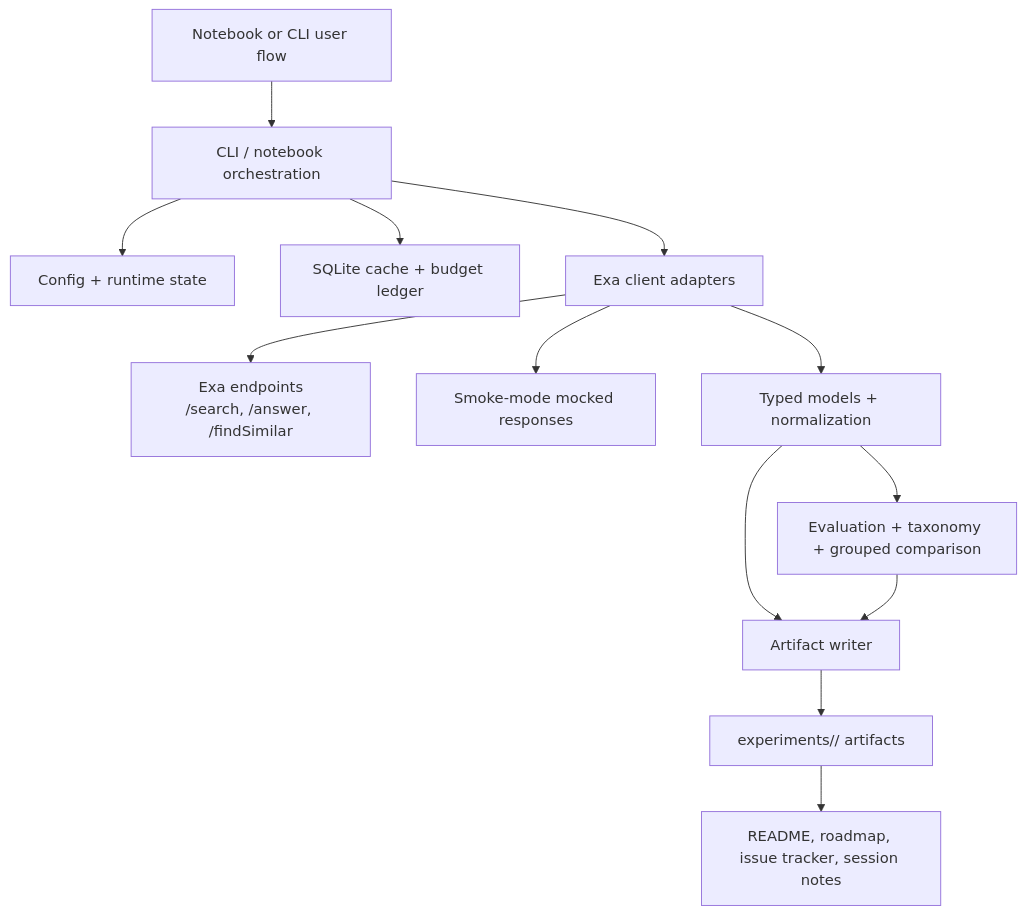
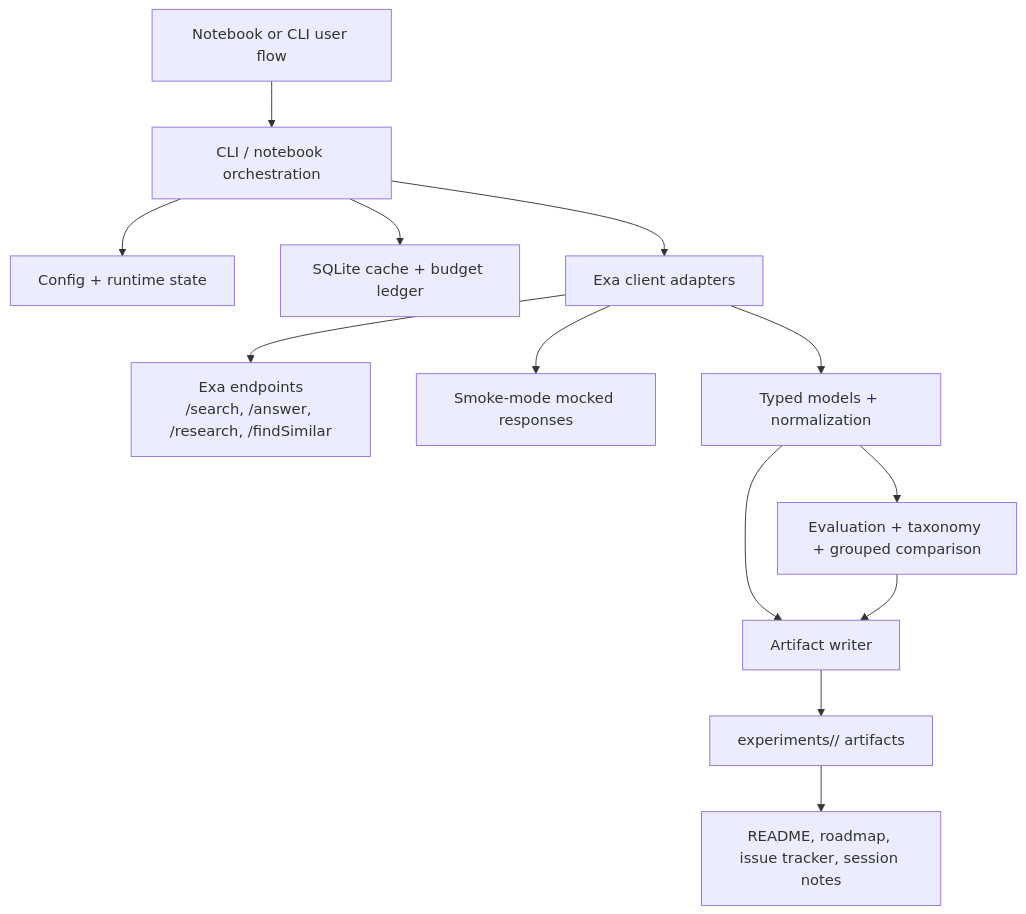
Before and after one commit to itprodirect/exai-search-demo: the diagram in README.md, drawn with Mermaid. The commit also changed other lines of this file and 10 other files, not shown here.

````diff
--- a/README.md
+++ b/README.md
@@ -36,15 +37,15 @@
 ```mermaid
 flowchart TD
     U["Notebook or CLI user flow"] --> CLI["CLI / notebook orchestration"]
     CLI --> CFG["Config + runtime state"]
     CLI --> CACHE["SQLite cache + budget ledger"]
     CLI --> CLIENT["Exa client adapters"]
-    CLIENT --> EXA["Exa endpoints\n/search, /answer, /findSimilar"]
+    CLIENT --> EXA["Exa endpoints\n/search, /answer, /research, /findSimilar"]
     CLIENT --> MOCK["Smoke-mode mocked responses"]
     CLIENT --> MODELS["Typed models + normalization"]
     MODELS --> EVAL["Evaluation + taxonomy + grouped comparison"]
     MODELS --> ART["Artifact writer"]
     EVAL --> ART
     ART --> EXP["experiments/<run-id>/ artifacts"]
     EXP --> DOCS["README, roadmap, issue tracker, session notes"]
 ```
````
